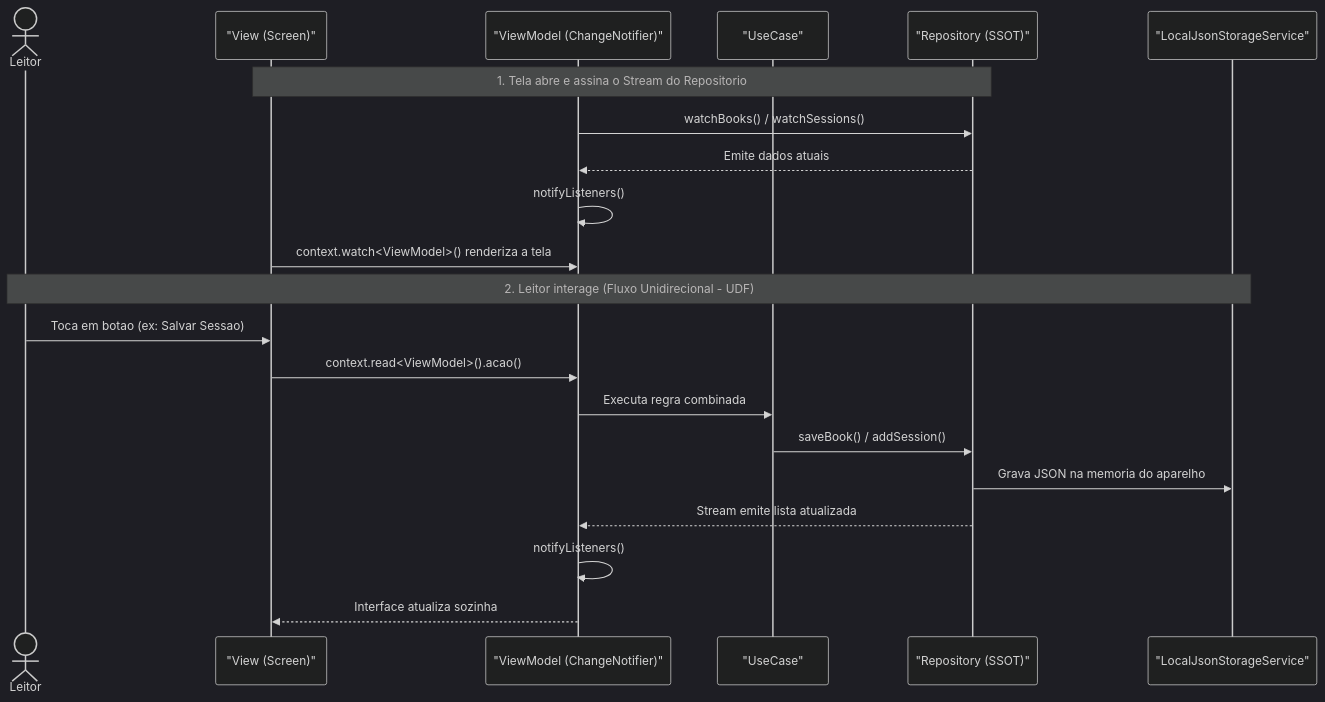
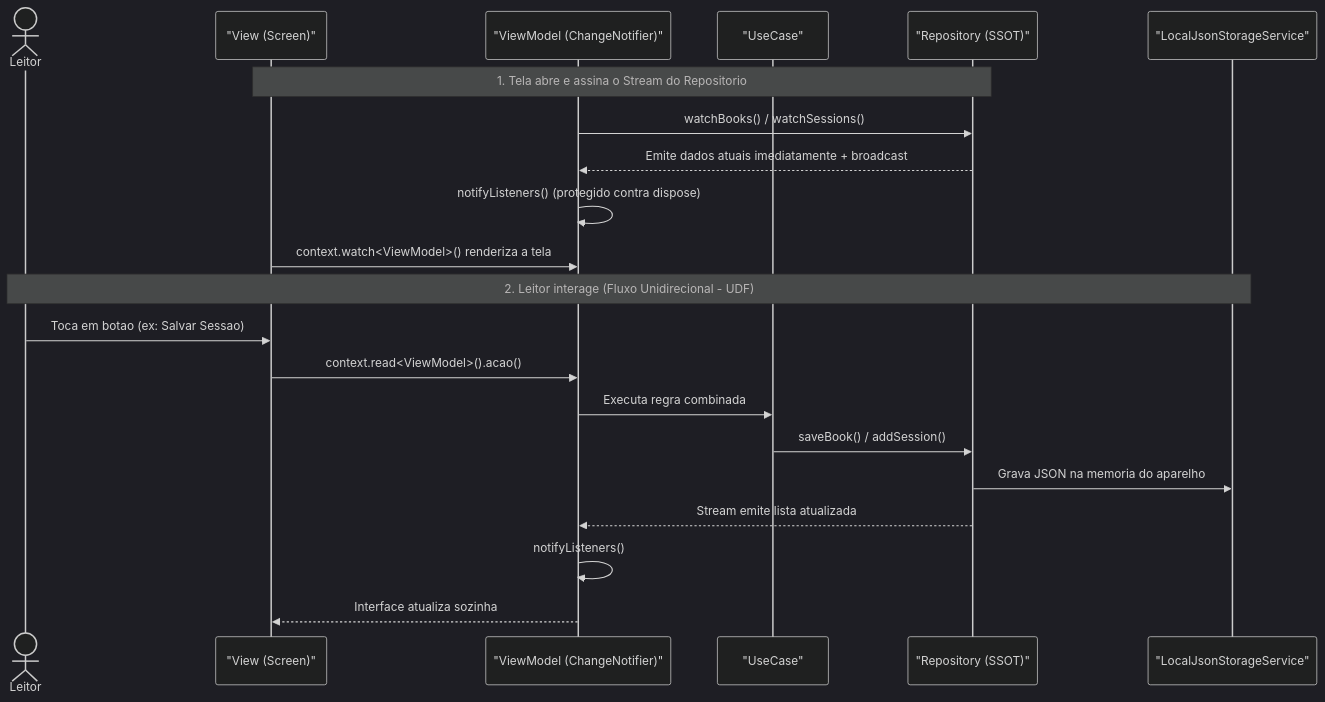
The second of 4 diagrams in README.md (NatanaelLucasBS/booky), drawn with Mermaid (dark theme) before and after one commit. The commit also changed other lines of this file and 17 other files, not shown here.

Commit message:
fix: corrigir onGenerateRoute, blindar ViewModels contra dispose, otimizar Gradle/R8, expandir testes e atualizar README

````diff
--- a/README.md
+++ b/README.md
@@ -58,25 +58,25 @@
 ```mermaid
 sequenceDiagram
     actor Leitor
     participant View as "View (Screen)"
     participant VM as "ViewModel (ChangeNotifier)"
     participant UC as "UseCase"
     participant Repo as "Repository (SSOT)"
     participant Storage as "LocalJsonStorageService"
 
     Note over View,Repo: 1. Tela abre e assina o Stream do Repositorio
     VM->>Repo: watchBooks() / watchSessions()
-    Repo-->>VM: Emite dados atuais
-    VM->>VM: notifyListeners()
+    Repo-->>VM: Emite dados atuais imediatamente + broadcast
+    VM->>VM: notifyListeners() (protegido contra dispose)
     View->>VM: context.watch<ViewModel>() renderiza a tela
 
     Note over Leitor,Storage: 2. Leitor interage (Fluxo Unidirecional - UDF)
     Leitor->>View: Toca em botao (ex: Salvar Sessao)
     View->>VM: context.read<ViewModel>().acao()
     VM->>UC: Executa regra combinada
     UC->>Repo: saveBook() / addSession()
     Repo->>Storage: Grava JSON na memoria do aparelho
     Repo-->>VM: Stream emite lista atualizada
     VM->>VM: notifyListeners()
     VM-->>View: Interface atualiza sozinha
 ```
````
